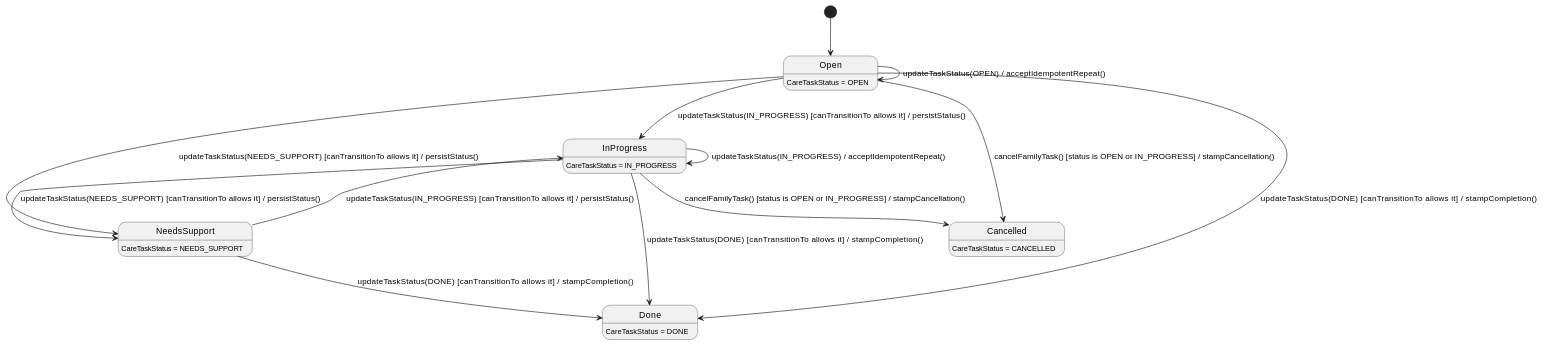
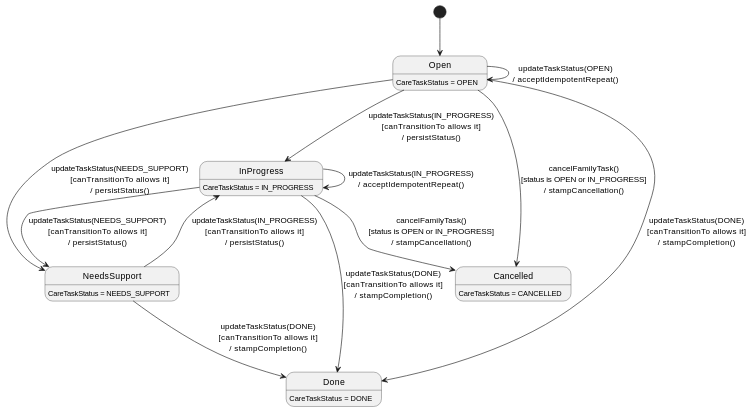
One commit to ChuongBDHE172784/CareBridge_SEP490_G79 changed the third of 3 diagrams in 03_Design/Detailed_Design/MF08_Family_Sync_Cooperative_Care/03_Family_Care_Task_Assignment_and_Status.md. Above: the diagram before and after it, drawn with PlantUML. The commit also changed 61 other files, not shown here.

Commit message:
docs: update detailed design documentation and state chart diagrams across all feature modules

````diff
--- a/03_Design/Detailed_Design/MF08_Family_Sync_Cooperative_Care/03_Family_Care_Task_Assignment_and_Status.md
+++ b/03_Design/Detailed_Design/MF08_Family_Sync_Cooperative_Care/03_Family_Care_Task_Assignment_and_Status.md
@@ -155,24 +155,24 @@
 ```plantuml
 @startuml StateChartDiagram_03FamilyCareTaskAssignmentandStatus
 hide empty description
 [*] --> Open
 
-Open --> InProgress : updateTaskStatus(IN_PROGRESS) [canTransitionTo allows it] / persistStatus()
-Open --> NeedsSupport : updateTaskStatus(NEEDS_SUPPORT) [canTransitionTo allows it] / persistStatus()
-Open --> Done : updateTaskStatus(DONE) [canTransitionTo allows it] / stampCompletion()
-InProgress --> NeedsSupport : updateTaskStatus(NEEDS_SUPPORT) [canTransitionTo allows it] / persistStatus()
-InProgress --> Done : updateTaskStatus(DONE) [canTransitionTo allows it] / stampCompletion()
-NeedsSupport --> InProgress : updateTaskStatus(IN_PROGRESS) [canTransitionTo allows it] / persistStatus()
-NeedsSupport --> Done : updateTaskStatus(DONE) [canTransitionTo allows it] / stampCompletion()
-Open --> Cancelled : cancelFamilyTask() [status is OPEN or IN_PROGRESS] / stampCancellation()
-InProgress --> Cancelled : cancelFamilyTask() [status is OPEN or IN_PROGRESS] / stampCancellation()
-Open --> Open : updateTaskStatus(OPEN) / acceptIdempotentRepeat()
-InProgress --> InProgress : updateTaskStatus(IN_PROGRESS) / acceptIdempotentRepeat()
+Open --> InProgress : updateTaskStatus(IN_PROGRESS)\n[canTransitionTo allows it]\n/ persistStatus()
+Open --> NeedsSupport : updateTaskStatus(NEEDS_SUPPORT)\n[canTransitionTo allows it]\n/ persistStatus()
+Open --> Done : updateTaskStatus(DONE)\n[canTransitionTo allows it]\n/ stampCompletion()
+InProgress --> NeedsSupport : updateTaskStatus(NEEDS_SUPPORT)\n[canTransitionTo allows it]\n/ persistStatus()
+InProgress --> Done : updateTaskStatus(DONE)\n[canTransitionTo allows it]\n/ stampCompletion()
+NeedsSupport --> InProgress : updateTaskStatus(IN_PROGRESS)\n[canTransitionTo allows it]\n/ persistStatus()
+NeedsSupport --> Done : updateTaskStatus(DONE)\n[canTransitionTo allows it]\n/ stampCompletion()
+Open --> Cancelled : cancelFamilyTask()\n[status is OPEN or IN_PROGRESS]\n/ stampCancellation()
+InProgress --> Cancelled : cancelFamilyTask()\n[status is OPEN or IN_PROGRESS]\n/ stampCancellation()
+Open --> Open : updateTaskStatus(OPEN)\n/ acceptIdempotentRepeat()
+InProgress --> InProgress : updateTaskStatus(IN_PROGRESS)\n/ acceptIdempotentRepeat()
 
 Open : CareTaskStatus = OPEN
 InProgress : CareTaskStatus = IN_PROGRESS
 NeedsSupport : CareTaskStatus = NEEDS_SUPPORT
 Done : CareTaskStatus = DONE
 Cancelled : CareTaskStatus = CANCELLED
 @enduml
 ```
````
